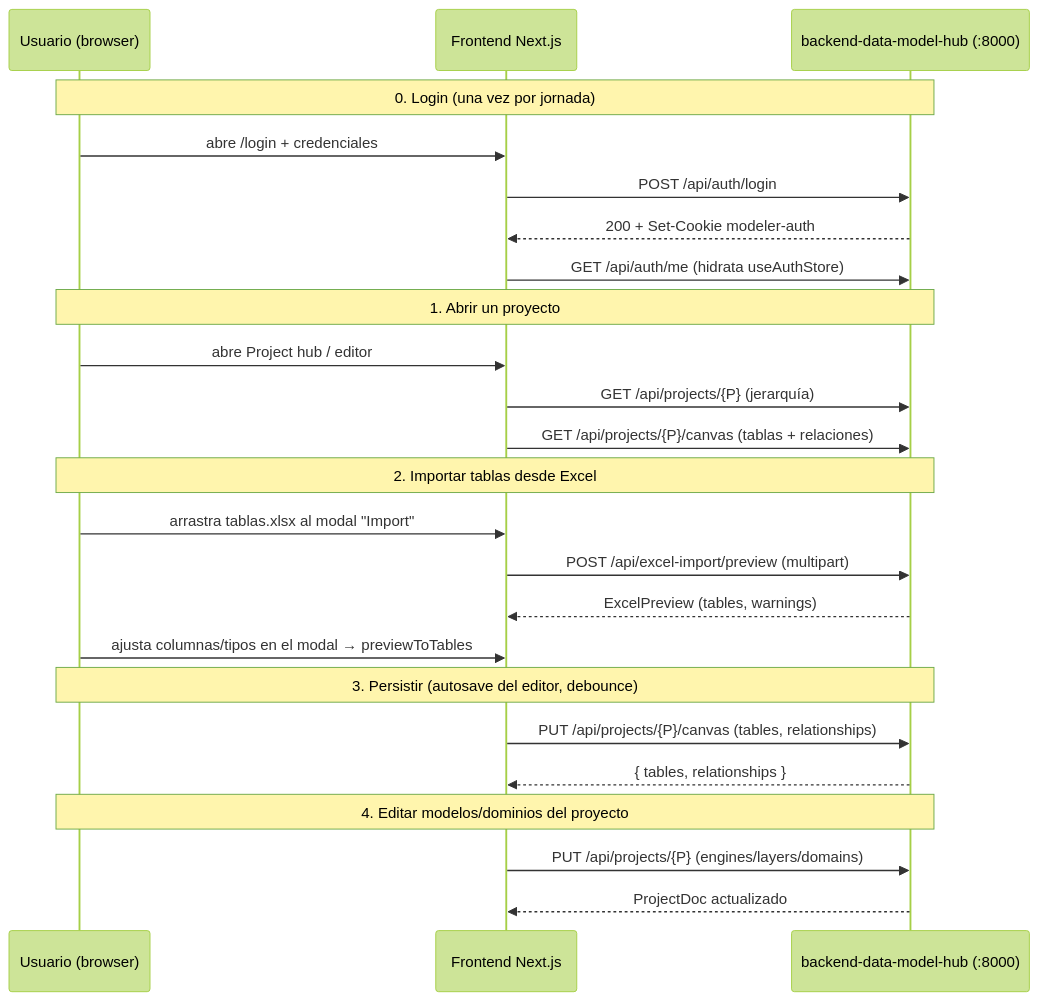
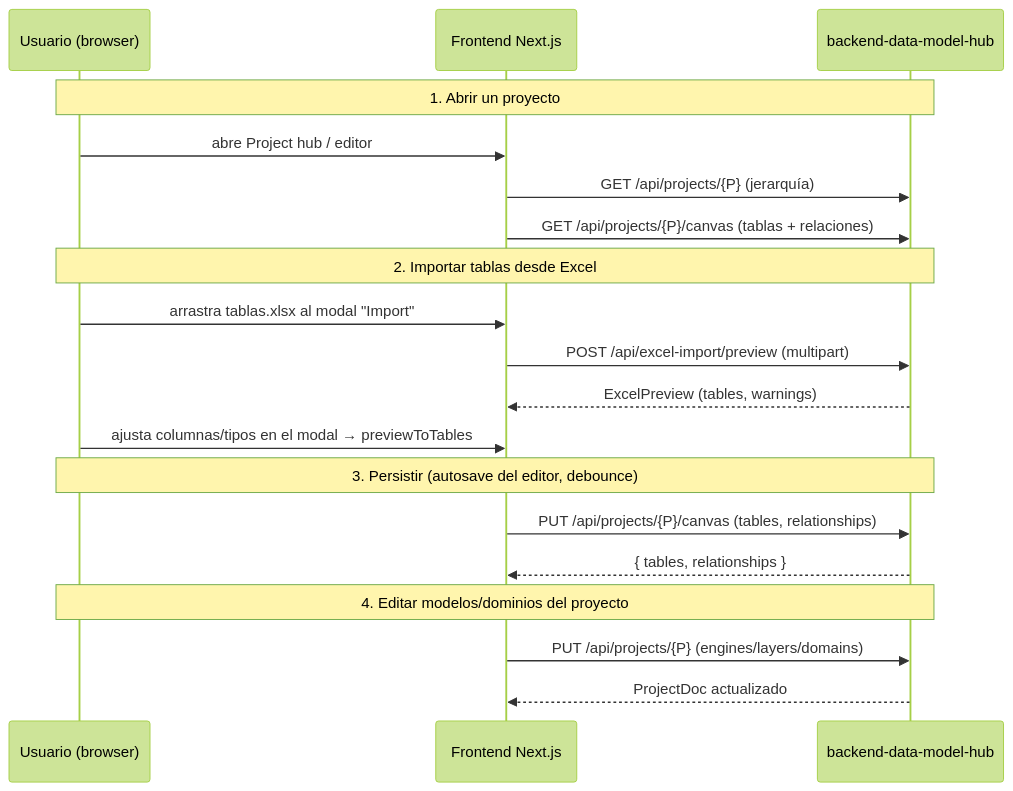
One commit to Carlosmps97/backend-data-model-hub changed the diagram in doc/usage.md. Above: the diagram before and after it, drawn with Mermaid (forest theme). The commit also changed other lines of this file and 151 other files, not shown here.

````diff
--- a/doc/usage.md
+++ b/doc/usage.md
@@ -72,31 +64,25 @@
 ```mermaid
 sequenceDiagram
     participant U as Usuario (browser)
     participant FE as Frontend Next.js
-    participant API as backend-data-model-hub (:8000)
-
-    Note over U,API: 0. Login (una vez por jornada)
-    U->>FE: abre /login + credenciales
-    FE->>API: POST /api/auth/login
-    API-->>FE: 200 + Set-Cookie modeler-auth
-    FE->>API: GET /api/auth/me (hidrata useAuthStore)
+    participant API as backend-data-model-hub
 
     Note over U,API: 1. Abrir un proyecto
     U->>FE: abre Project hub / editor
     FE->>API: GET /api/projects/{P}            (jerarquía)
     FE->>API: GET /api/projects/{P}/canvas     (tablas + relaciones)
 
     Note over U,API: 2. Importar tablas desde Excel
     U->>FE: arrastra tablas.xlsx al modal "Import"
     FE->>API: POST /api/excel-import/preview (multipart)
     API-->>FE: ExcelPreview (tables, warnings)
     U->>FE: ajusta columnas/tipos en el modal → previewToTables
 
     Note over U,API: 3. Persistir (autosave del editor, debounce)
     FE->>API: PUT /api/projects/{P}/canvas (tables, relationships)
     API-->>FE: { tables, relationships }
 
     Note over U,API: 4. Editar modelos/dominios del proyecto
     FE->>API: PUT /api/projects/{P} (engines/layers/domains)
     API-->>FE: ProjectDoc actualizado
 ```
````
